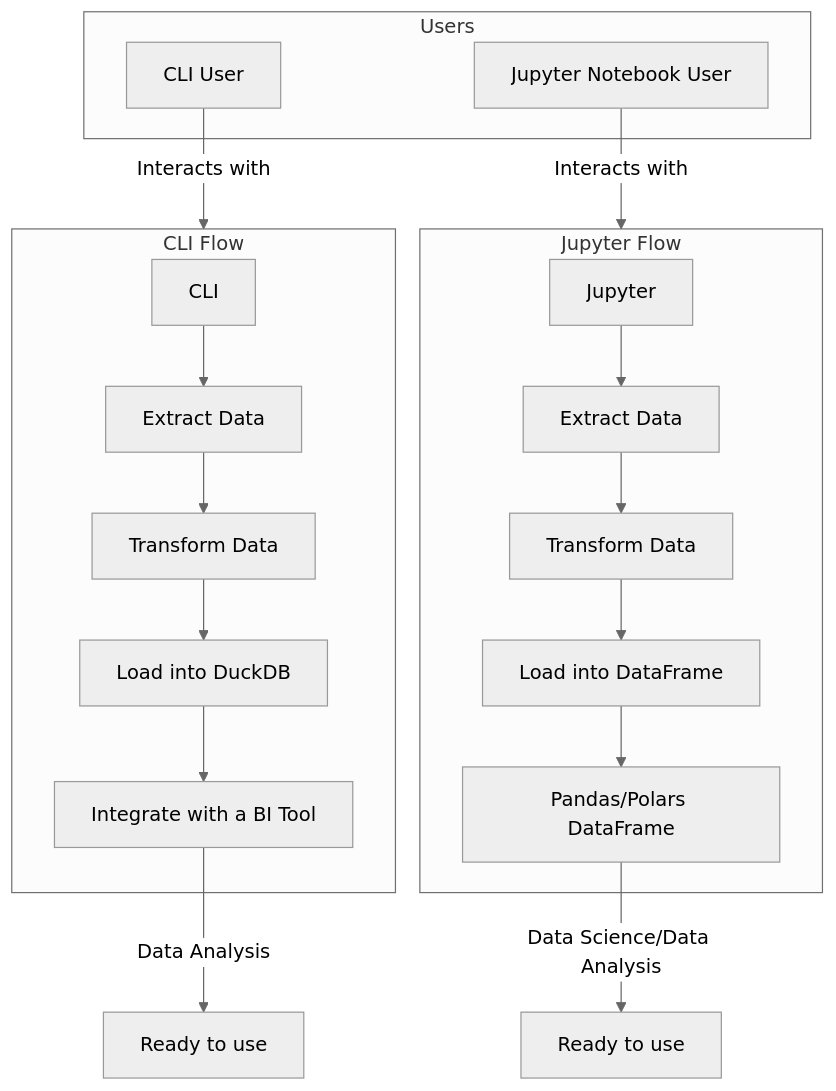
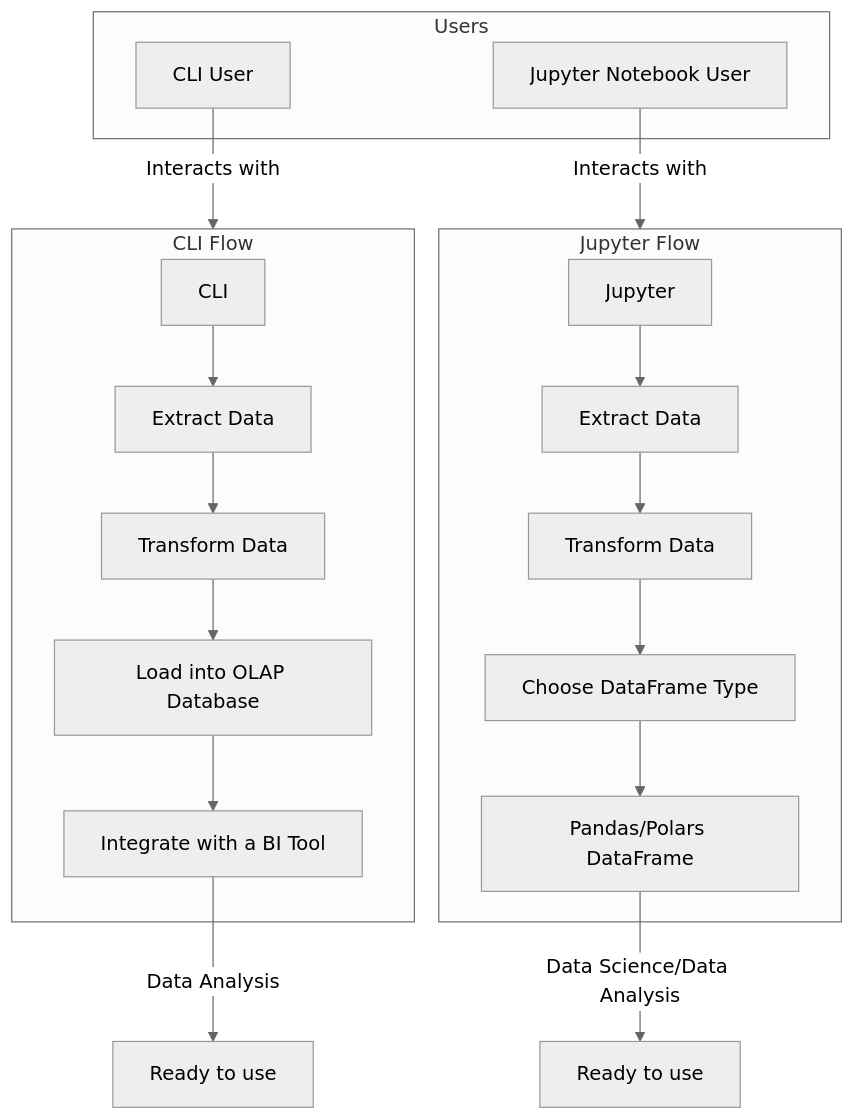
The diagram in docs/diagrams/USERS_DIAGRAM.md (GuttoF/dq-sus), drawn with Mermaid before and after one commit. The commit also changed 18 other files, not shown here.

````diff
--- a/docs/diagrams/USERS_DIAGRAM.md
+++ b/docs/diagrams/USERS_DIAGRAM.md
@@ -3,31 +3,31 @@
 ```mermaid
 %%{init: {"themeVariables": {"fontFamily": "Times New Roman, Times, serif"}}}%%
 %%{init: {'theme':'neutral'}}%%
 flowchart TD
     subgraph Users ["Users"]
         CLIUser["CLI User"]
         NotebookUser["Jupyter Notebook User"]
     end
 
     subgraph CLIFlow ["CLI Flow"]
         CLI[CLI] --> ExtractorCLI["Extract Data"]
         ExtractorCLI --> TransformerCLI["Transform Data"]
-        TransformerCLI --> LoaderCLI["Load into DuckDB"]
+        TransformerCLI --> LoaderCLI["Load into OLAP Database"]
         LoaderCLI --> ResultCLI["Integrate with a BI Tool"]
     end
 
     subgraph NotebookFlow ["Jupyter Flow"]
         Notebook["Jupyter"] --> ExtractorNB["Extract Data"]
         ExtractorNB --> TransformerNB["Transform Data"]
-        TransformerNB --> LoaderNB["Load into DataFrame"]
+        TransformerNB --> LoaderNB["Choose DataFrame Type"]
         LoaderNB --> DataFrame["Pandas/Polars DataFrame"]
     end
 
     CLIUser -->|Interacts with| CLIFlow
     NotebookUser -->|Interacts with| NotebookFlow
 
     ResultCLI -->|Data Analysis| AnalyzeCLI["Ready to use"]
     DataFrame -->|Data Science/Data Analysis| AnalyzeNB["Ready to use"]
 
 
 ```
````
